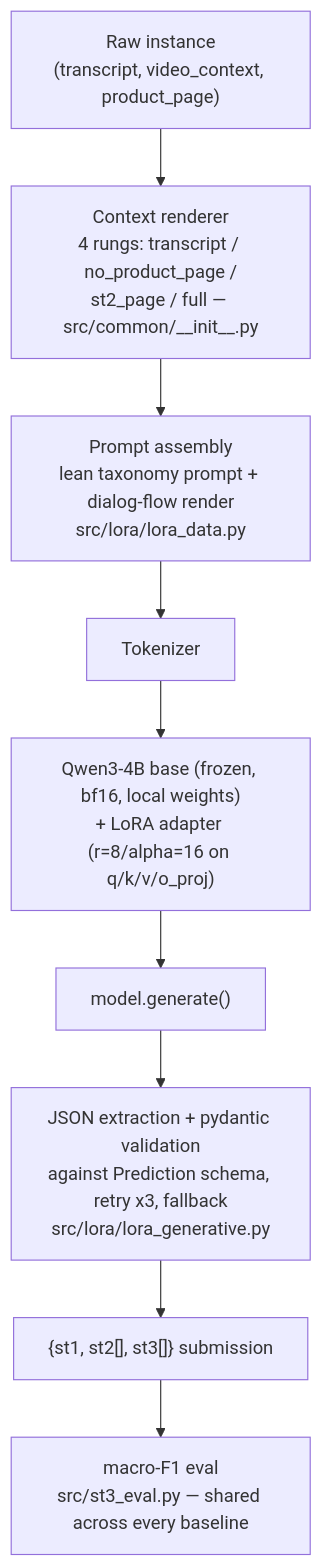
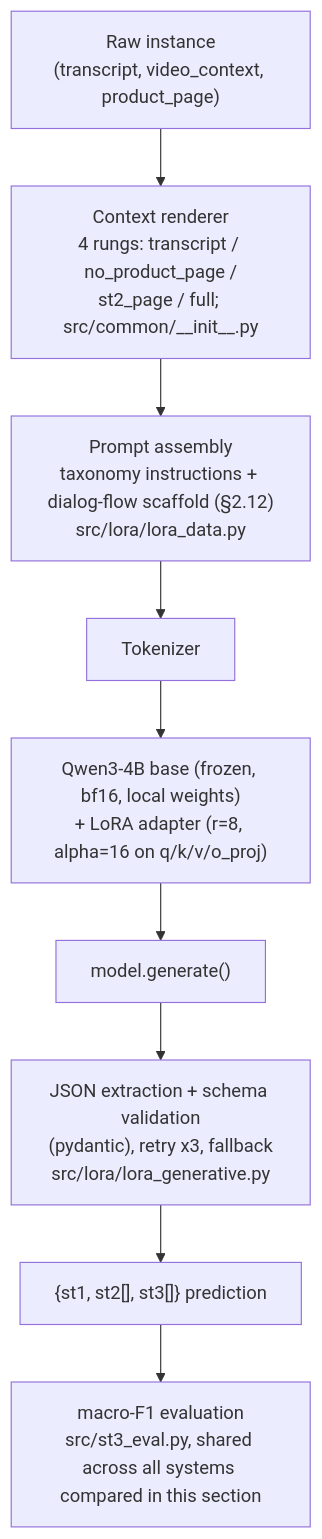
Before and after one commit to aiejvn/childsafeads_emnllp: the first of 4 diagrams in system_design_report.md, drawn with Mermaid. The commit also changed other lines of this file, not shown here.

````diff
--- a/system_design_report.md
+++ b/system_design_report.md
@@ -49,11 +83,11 @@
 ```mermaid
 flowchart TD
-    A["Raw instance<br/>(transcript, video_context, product_page)"] --> B["Context renderer<br/>4 rungs: transcript / no_product_page /<br/>st2_page / full — src/common/__init__.py"]
-    B --> C["Prompt assembly<br/>lean taxonomy prompt + dialog-flow render<br/>src/lora/lora_data.py"]
+    A["Raw instance<br/>(transcript, video_context, product_page)"] --> B["Context renderer<br/>4 rungs: transcript / no_product_page /<br/>st2_page / full; src/common/__init__.py"]
+    B --> C["Prompt assembly<br/>taxonomy instructions + dialog-flow scaffold (§2.12)<br/>src/lora/lora_data.py"]
     C --> D["Tokenizer"]
-    D --> E["Qwen3-4B base (frozen, bf16, local weights)<br/>+ LoRA adapter (r=8/alpha=16 on q/k/v/o_proj)"]
+    D --> E["Qwen3-4B base (frozen, bf16, local weights)<br/>+ LoRA adapter (r=8, alpha=16 on q/k/v/o_proj)"]
     E --> F["model.generate()"]
-    F --> G["JSON extraction + pydantic validation<br/>against Prediction schema, retry x3, fallback<br/>src/lora/lora_generative.py"]
-    G --> H["{st1, st2[], st3[]} submission"]
-    H --> I["macro-F1 eval<br/>src/st3_eval.py — shared across every baseline"]
+    F --> G["JSON extraction + schema validation<br/>(pydantic), retry x3, fallback<br/>src/lora/lora_generative.py"]
+    G --> H["{st1, st2[], st3[]} prediction"]
+    H --> I["macro-F1 evaluation<br/>src/st3_eval.py, shared across all systems compared in this section"]
 ```
````
